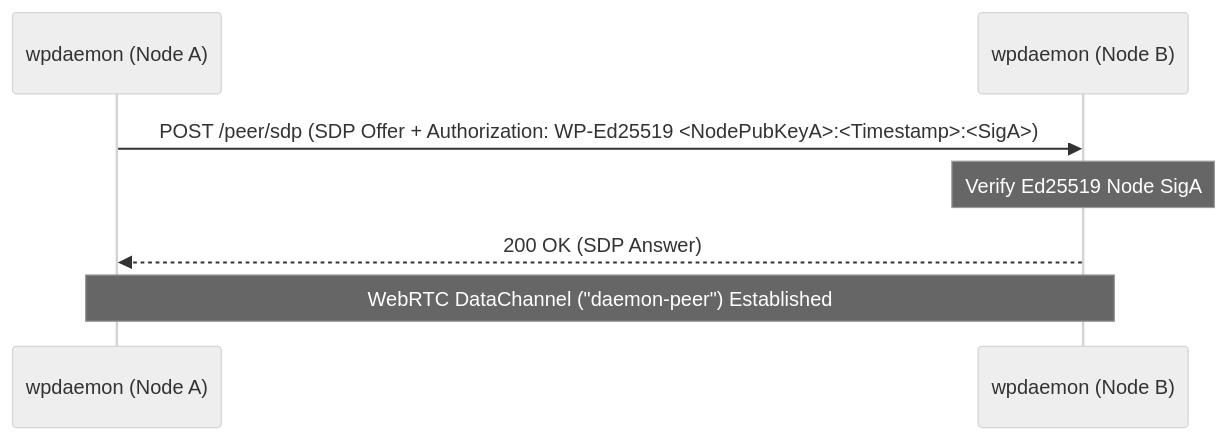
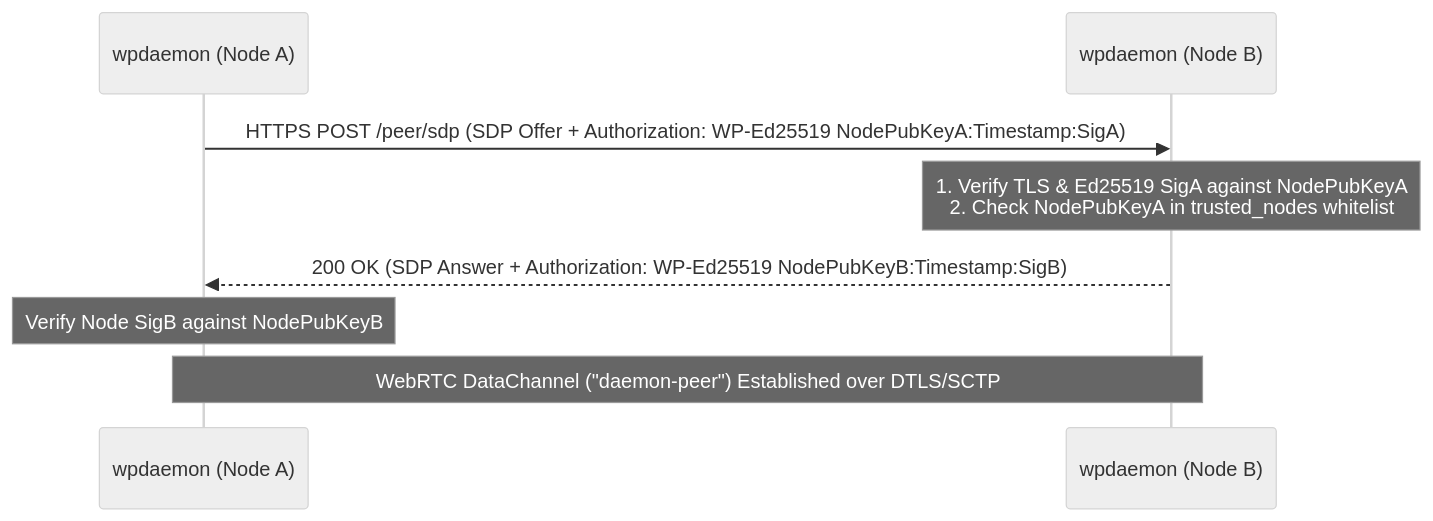
One commit to haruki7049/web-phone changed the diagram in docs/WPIP-05.md. Above: the diagram before and after it, drawn with Mermaid (neutral theme). The commit also changed other lines of this file and 7 other files, not shown here.

````diff
--- a/docs/WPIP-05.md
+++ b/docs/WPIP-05.md
@@ -27,10 +27,11 @@
 ```mermaid
 sequenceDiagram
     participant DaemonA as wpdaemon (Node A)
     participant DaemonB as wpdaemon (Node B)
 
-    DaemonA->>DaemonB: POST /peer/sdp (SDP Offer + Authorization: WP-Ed25519 <NodePubKeyA>:<Timestamp>:<SigA>)
-    Note over DaemonB: Verify Ed25519 Node SigA
-    DaemonB-->>DaemonA: 200 OK (SDP Answer)
-    Note over DaemonA,DaemonB: WebRTC DataChannel ("daemon-peer") Established
+    DaemonA->>DaemonB: HTTPS POST /peer/sdp (SDP Offer + Authorization: WP-Ed25519 NodePubKeyA:Timestamp:SigA)
+    Note over DaemonB: 1. Verify TLS & Ed25519 SigA against NodePubKeyA<br/>2. Check NodePubKeyA in trusted_nodes whitelist
+    DaemonB-->>DaemonA: 200 OK (SDP Answer + Authorization: WP-Ed25519 NodePubKeyB:Timestamp:SigB)
+    Note over DaemonA: Verify Node SigB against NodePubKeyB
+    Note over DaemonA,DaemonB: WebRTC DataChannel ("daemon-peer") Established over DTLS/SCTP
 ```
````
